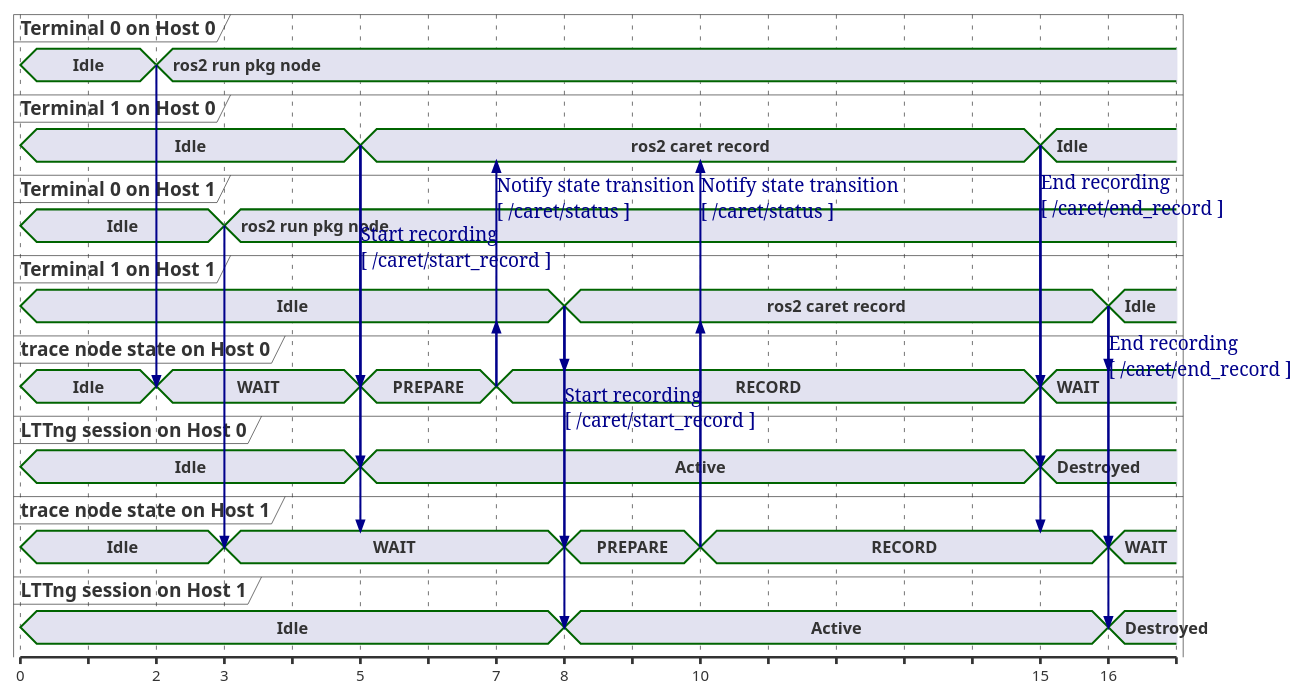
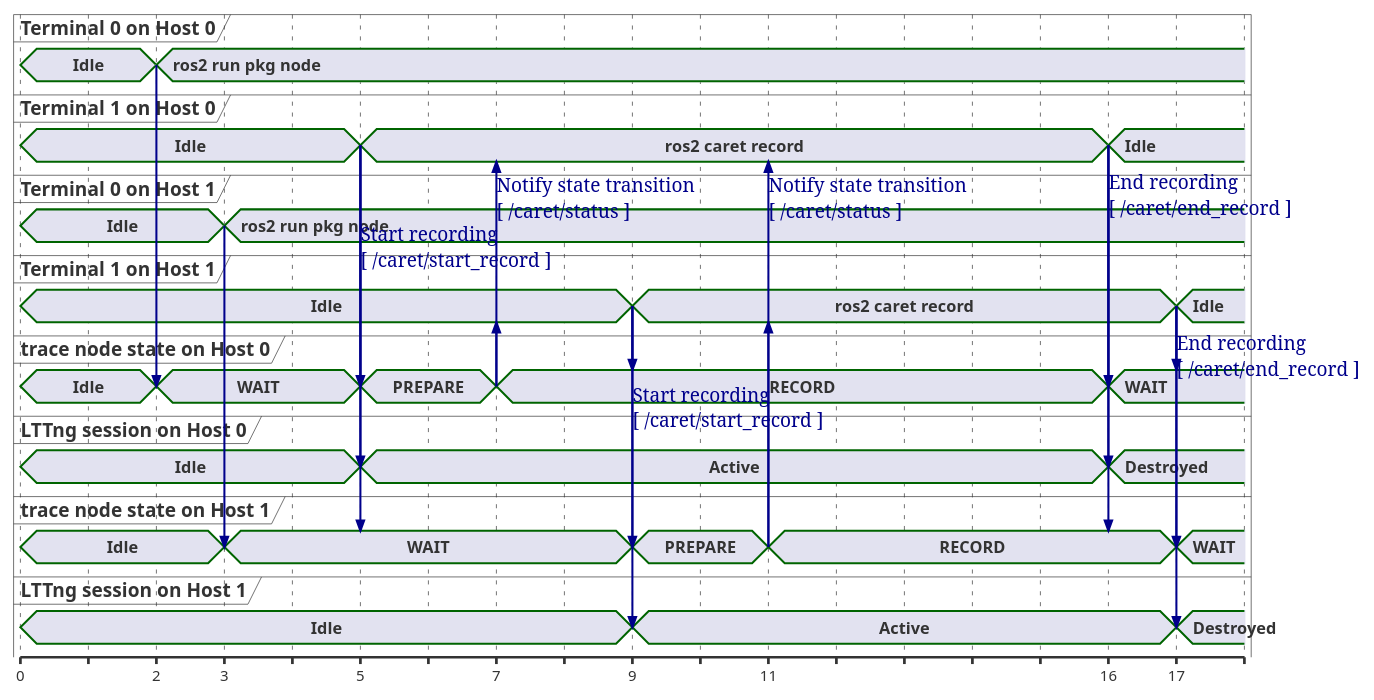
The fourth of 7 diagrams in docs/design/runtime_processing/runtime_recording.md (tier4/caret_doc), drawn with PlantUML before and after one commit. The commit also changed other lines of this file, not shown here.

Commit message:
Modify description about multi-host system

````diff
--- a/docs/design/runtime_processing/runtime_recording.md
+++ b/docs/design/runtime_processing/runtime_recording.md
@@ -170,72 +170,72 @@
 ```plantuml
 concise "Terminal 0 on Host 0" as User0_0
 concise "Terminal 1 on Host 0" as User1_0
 concise "Terminal 0 on Host 1" as User0_1
 concise "Terminal 1 on Host 1" as User1_1
 concise "trace node state on Host 0" as Hook_0
 concise "LTTng session on Host 0" as Lttng_0
 concise "trace node state on Host 1" as Hook_1
 concise "LTTng session on Host 1" as Lttng_1
 
 @0
 User0_0 is "Idle"
 User1_0 is "Idle"
 Hook_0 is "Idle"
 Lttng_0 is "Idle"
 User0_1 is "Idle"
 User1_1 is "Idle"
 Hook_1 is "Idle"
 Lttng_1 is "Idle"
 
 @2
 User0_0 is "ros2 run pkg node"
 Hook_0 is WAIT
 User0_0 -> Hook_0
 
 @3
 User0_1 is "ros2 run pkg node"
 Hook_1 is WAIT
 User0_1 -> Hook_1
 
 @5
 User1_0 is "ros2 caret record"
 Hook_0 is PREPARE
 User1_0 -> Hook_0 : Start recording \n[ /caret/start_record ]\n\n\n\n
 User1_0 -> Lttng_0
 Lttng_0 is "Active"
 User1_0 -> Hook_1
 
 @7
 Hook_0 is RECORD
 Hook_0 -> User1_0 : Notify state transition \n[ /caret/status ]
 Hook_0 -> User1_1
 
-@8
+@9
 User1_1 is "ros2 caret record"
 Hook_1 is PREPARE
 User1_1 -> Hook_1 : Start recording \n[ /caret/start_record ]\n\n\n\n
 User1_1 -> Lttng_1
 Lttng_1 is "Active"
 User1_1 -> Hook_0
 
-@10
+@11
 Hook_1 is RECORD
 Hook_1 -> User1_1
 Hook_1 -> User1_0 : Notify state transition \n[ /caret/status ]\n
 
-@15
+@16
 User1_0 is "Idle"
 Hook_0 is WAIT
 User1_0 -> Hook_0 : End recording \n[ /caret/end_record ]\n\n\n\n\n\n
 User1_0 -> Lttng_0
 User1_0 -> Hook_1
 Lttng_0 is "Destroyed"
 
-@16
+@17
 User1_1 is "Idle"
 Hook_1 is WAIT
 User1_1 -> Hook_1 : End recording \n[ /caret/end_record ]\n\n\n\n\n\n
 User1_1 -> Lttng_1
 User1_1 -> Hook_0
 Lttng_1 is "Destroyed"
 ```
````
